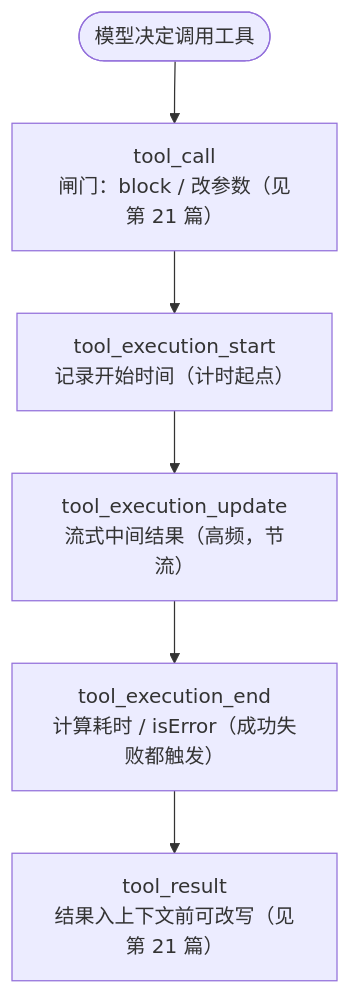
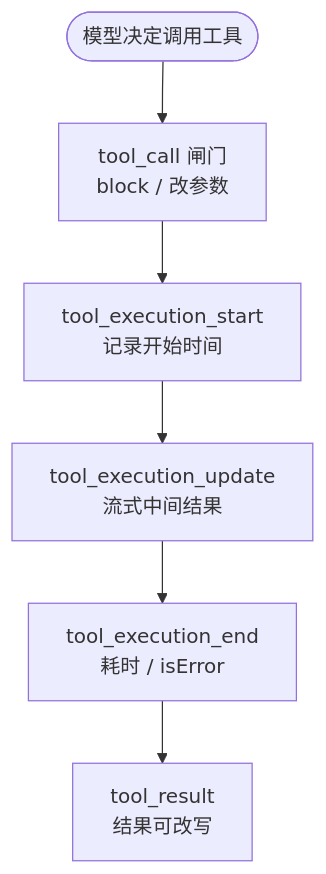
Before and after one commit to kunge2013/kunge2013.github.io: the diagram in docs/posts/pi-agent/17-hellopi-tool-execution.md, drawn with Mermaid. The commit also changed 9 other files, not shown here.

First line of the commit message:
fix: 修复 mermaid 流程图中文标签溢出裁切

````diff
--- a/docs/posts/pi-agent/17-hellopi-tool-execution.md
+++ b/docs/posts/pi-agent/17-hellopi-tool-execution.md
@@ -17,8 +17,8 @@
 ```mermaid
 flowchart TD
-    D(["模型决定调用工具"]) --> TC["tool_call<br/>闸门：block / 改参数（见第 21 篇）"]
-    TC --> TES["tool_execution_start<br/>记录开始时间（计时起点）"]
-    TES --> TEU["tool_execution_update<br/>流式中间结果（高频，节流）"]
-    TEU --> TEE["tool_execution_end<br/>计算耗时 / isError（成功失败都触发）"]
-    TEE --> TR["tool_result<br/>结果入上下文前可改写（见第 21 篇）"]
+    D(["模型决定调用工具"]) --> TC["tool_call 闸门<br/>block / 改参数"]
+    TC --> TES["tool_execution_start<br/>记录开始时间"]
+    TES --> TEU["tool_execution_update<br/>流式中间结果"]
+    TEU --> TEE["tool_execution_end<br/>耗时 / isError"]
+    TEE --> TR["tool_result<br/>结果可改写"]
 ```
````
